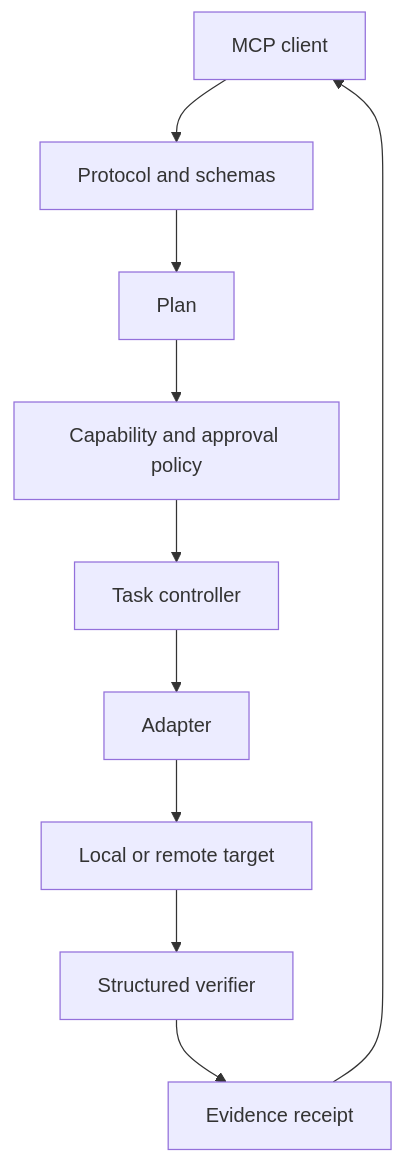
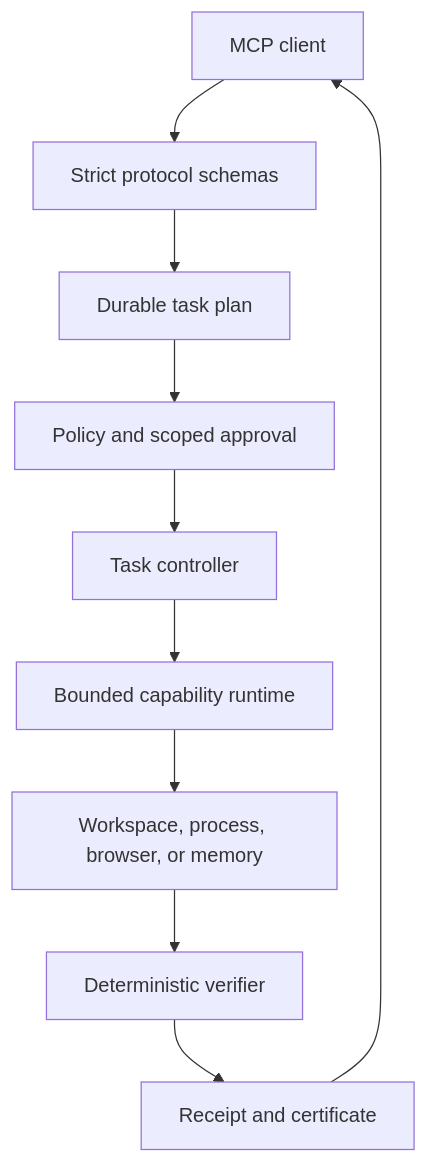
Before and after one commit to XAGI-Lab/atlas-mcp: the diagram in docs/ARCHITECTURE.md, drawn with Mermaid. The commit also changed other lines of this file and 118 other files, not shown here.

Commit message:
Ship the ATLAS MCP 0.1 execution runtime (#3)

````diff
--- a/docs/ARCHITECTURE.md
+++ b/docs/ARCHITECTURE.md
@@ -5,12 +5,12 @@
 ```mermaid
 flowchart TB
-    Client["MCP client"] --> Protocol["Protocol and schemas"]
-    Protocol --> Plan["Plan"]
-    Plan --> Policy["Capability and approval policy"]
+    Client["MCP client"] --> Schema["Strict protocol schemas"]
+    Schema --> Plan["Durable task plan"]
+    Plan --> Policy["Policy and scoped approval"]
     Policy --> Controller["Task controller"]
-    Controller --> Adapter["Adapter"]
-    Adapter --> Target["Local or remote target"]
-    Target --> Verifier["Structured verifier"]
-    Verifier --> Evidence["Evidence receipt"]
+    Controller --> Runtime["Bounded capability runtime"]
+    Runtime --> Target["Workspace, process, browser, or memory"]
+    Target --> Verifier["Deterministic verifier"]
+    Verifier --> Evidence["Receipt and certificate"]
     Evidence --> Client
 ```
````
